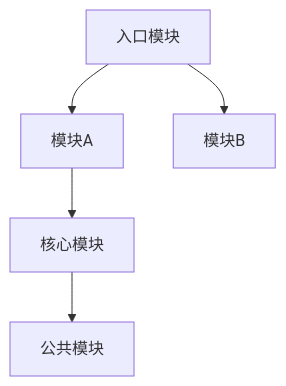
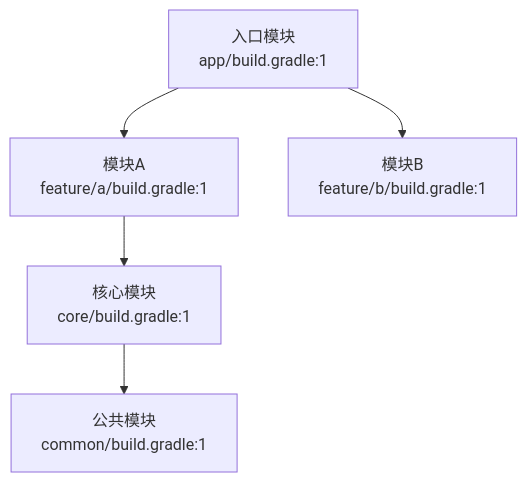
One commit to CaostGrace/project-arch-reverse changed the first of 8 diagrams in references/mermaid-spec.md. Above: the diagram before and after it, drawn with Mermaid. The commit also changed other lines of this file and 5 other files, not shown here.

First line of the commit message:
feat: 强制所有核心功能/能力必须有独立详细时序图(≥6步≥4参与者)

````diff
--- a/references/mermaid-spec.md
+++ b/references/mermaid-spec.md
@@ -21,7 +21,7 @@
 ```mermaid
 flowchart TD
-    Entry[入口模块] --> ModuleA[模块A]
-    Entry --> ModuleB[模块B]
-    ModuleA --> Core[核心模块]
-    Core --> Common[公共模块]
+    Entry["入口模块<br>app/build.gradle:1"] --> ModuleA["模块A<br>feature/a/build.gradle:1"]
+    Entry --> ModuleB["模块B<br>feature/b/build.gradle:1"]
+    ModuleA --> Core["核心模块<br>core/build.gradle:1"]
+    Core --> Common["公共模块<br>common/build.gradle:1"]
 ```
````
